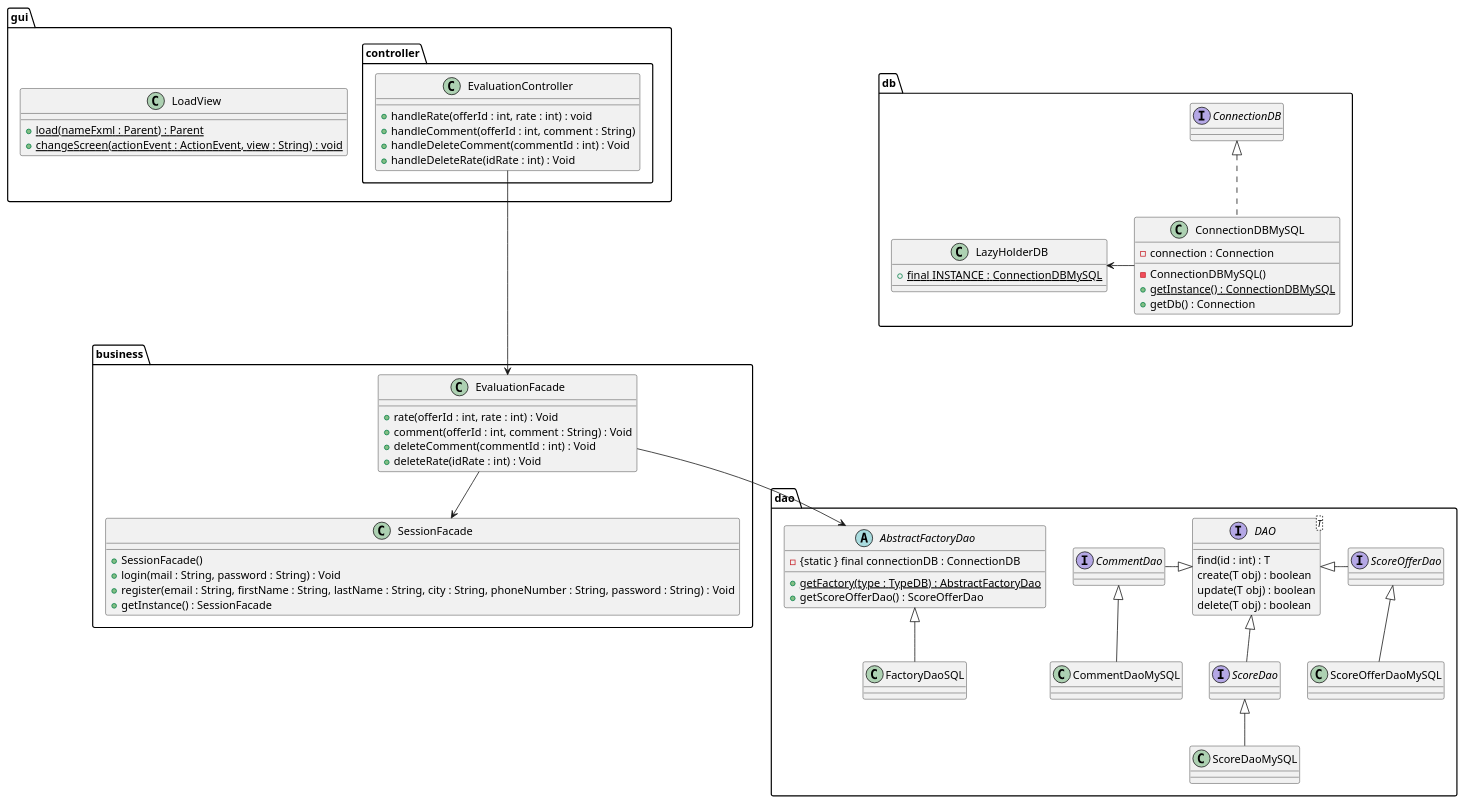
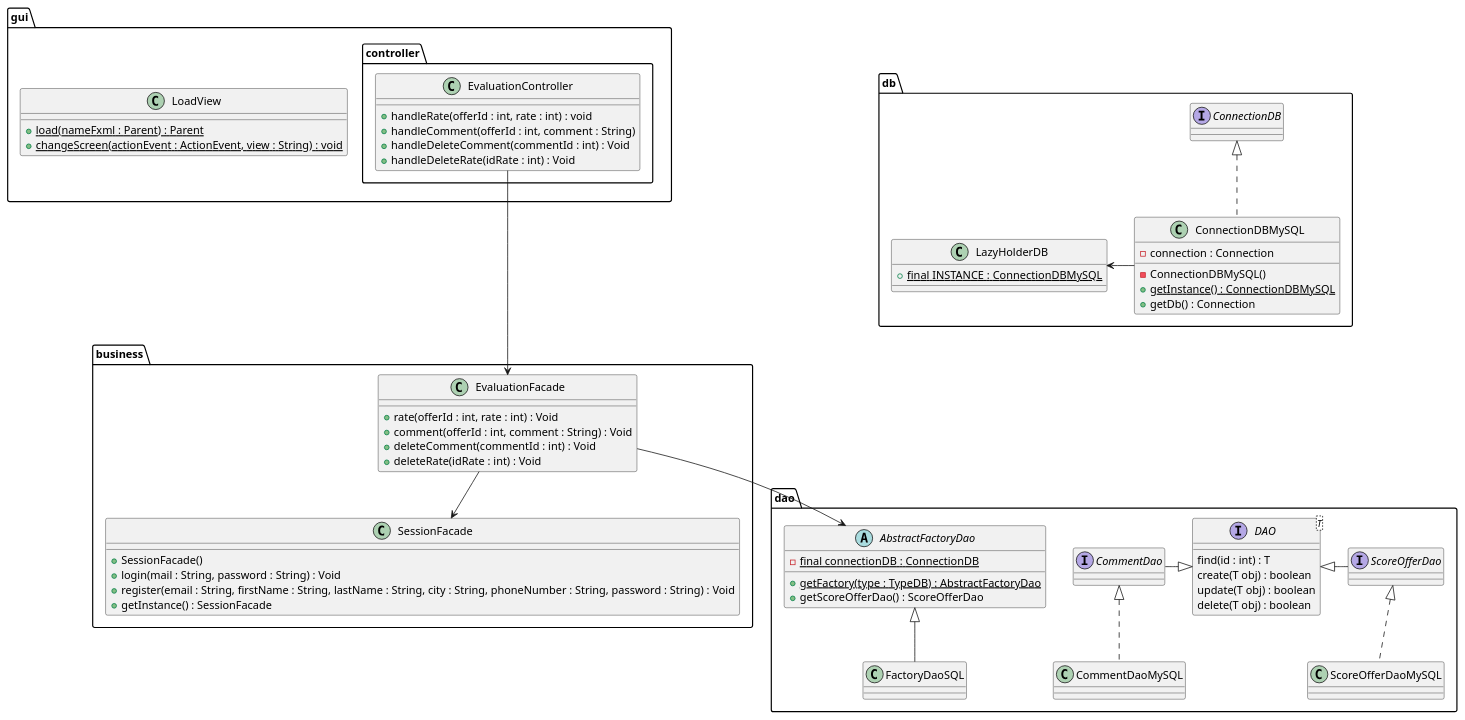
One commit to LaunoisRemy/ToolShare changed the diagram in documents/diagram/evaluation/evaluationClass.puml. Above: the diagram before and after it, drawn with PlantUML. The commit also changed 1 other file, not shown here.

Commit message:
diagrams Evaluation system
Sequence and class diagram

```diff
--- a/documents/diagram/evaluation/evaluationClass.puml
+++ b/documents/diagram/evaluation/evaluationClass.puml
@@ -1,96 +1,92 @@
 @startuml
 
 package dao {
 
 
     interface ScoreOfferDao{
     }
     class ScoreOfferDaoMySQL
     interface CommentDao{
     }
     class CommentDaoMySQL
-    interface ScoreDao{
-    }
-    class ScoreDaoMySQL
+
     AbstractFactoryDao <|-- FactoryDaoSQL
-    ScoreOfferDao <|-- ScoreOfferDaoMySQL
-    CommentDao <|-- CommentDaoMySQL
-    ScoreDao <|-- ScoreDaoMySQL
+    ScoreOfferDao <|.. ScoreOfferDaoMySQL
+    CommentDao <|.. CommentDaoMySQL
 
     interface DAO<T>{
         find(id : int) : T
         create(T obj) : boolean
         update(T obj) : boolean
         delete(T obj) : boolean
     }
 
     abstract AbstractFactoryDao{
-        - {static } final connectionDB : ConnectionDB
+        - {static} final connectionDB : ConnectionDB
         + {static} getFactory(type : TypeDB) : AbstractFactoryDao
         + getScoreOfferDao() : ScoreOfferDao
     }
 
     class FactoryDaoSQL{
     }
 
     DAO <|- ScoreOfferDao
     DAO <|-left CommentDao
-    DAO <|-- ScoreDao
 }
 package db{
     class ConnectionDBMySQL{
         - connection : Connection
         - ConnectionDBMySQL()
         + {static} getInstance() : ConnectionDBMySQL
         + getDb() : Connection
     }
 
     class LazyHolderDB{
         + {static} final INSTANCE : ConnectionDBMySQL
     }
     interface ConnectionDB
     ConnectionDBMySQL -Left-> LazyHolderDB
     ConnectionDBMySQL .up.|> ConnectionDB
 
 }
 package business{
     class SessionFacade{
         + SessionFacade()
         + login(mail : String, password : String) : Void
         + register(email : String, firstName : String, lastName : String, city : String, phoneNumber : String, password : String) : Void
         + getInstance() : SessionFacade
     }
 
     class EvaluationFacade{
         + rate(offerId : int, rate : int) : Void
         + comment(offerId : int, comment : String) : Void
         + deleteComment(commentId : int) : Void
         + deleteRate(idRate : int) : Void
     }
 
 }
 
 package gui{
 
     class LoadView{
         + {static} load(nameFxml : Parent) : Parent
         + {static} changeScreen(actionEvent : ActionEvent, view : String) : void
     }
 
     package controller{
         class EvaluationController{
             + handleRate(offerId : int, rate : int) : void
             + handleComment(offerId : int, comment : String)
             + handleDeleteComment(commentId : int) : Void
             + handleDeleteRate(idRate : int) : Void
         }
 
     }
 }
 EvaluationFacade <--Up- EvaluationController
 EvaluationFacade --> SessionFacade
 EvaluationFacade --> AbstractFactoryDao
 
 
 
 @enduml
```
